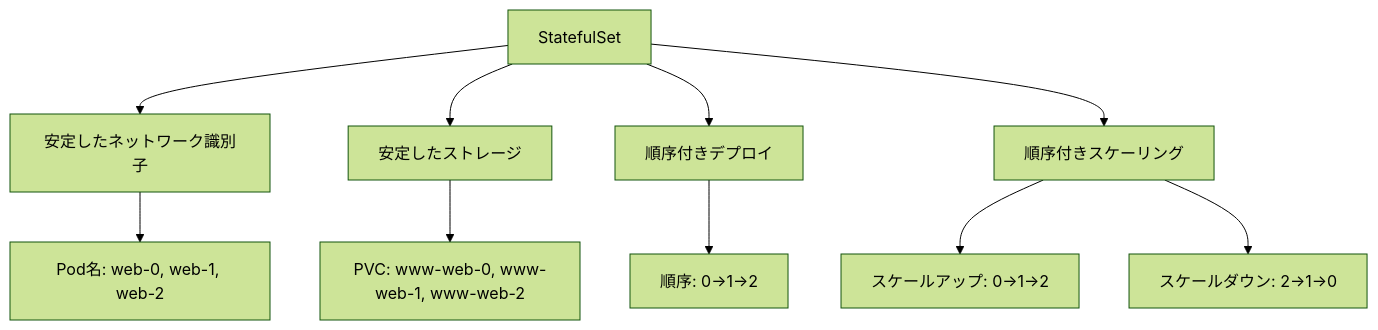
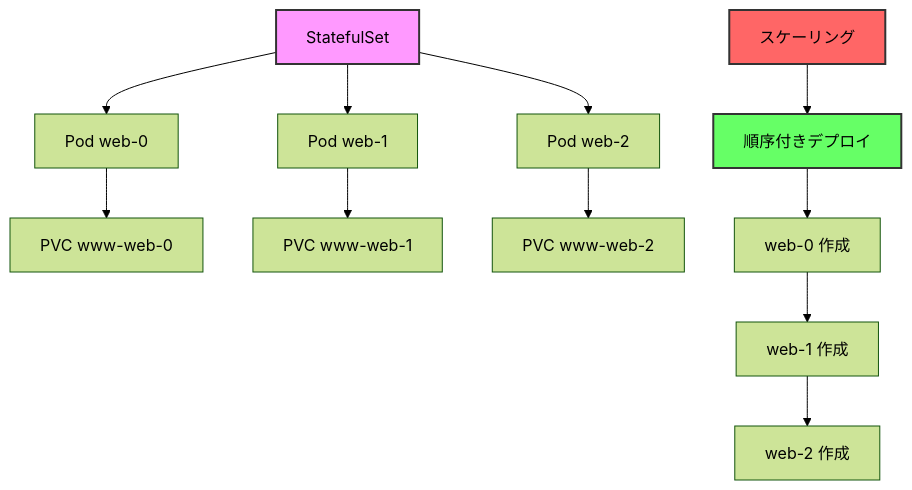
Before and after one commit to haruka-aibara/haruka-aibara: the diagram in docs/Kubernetes/04_アプリケーションの実行/04-04_StatefulSet.md, drawn with Mermaid (forest theme). The commit also changed other lines of this file and 37 other files, not shown here.

````diff
--- a/docs/Kubernetes/04_アプリケーションの実行/04-04_StatefulSet.md
+++ b/docs/Kubernetes/04_アプリケーションの実行/04-04_StatefulSet.md
@@ -54,13 +69,19 @@
 ```mermaid
 graph TD
-    A[StatefulSet] --> B[安定したネットワーク識別子]
-    A --> C[安定したストレージ]
-    A --> D[順序付きデプロイ]
-    A --> E[順序付きスケーリング]
+    A[StatefulSet] --> B[Pod web-0]
+    A --> C[Pod web-1]
+    A --> D[Pod web-2]
     
-    B --> F[Pod名: web-0, web-1, web-2]
-    C --> G[PVC: www-web-0, www-web-1, www-web-2]
-    D --> H[順序: 0→1→2]
-    E --> I[スケールアップ: 0→1→2]
-    E --> J[スケールダウン: 2→1→0]
+    B --> E[PVC www-web-0]
+    C --> F[PVC www-web-1]
+    D --> G[PVC www-web-2]
+    
+    H[スケーリング] --> I[順序付きデプロイ]
+    I --> J[web-0 作成]
+    J --> K[web-1 作成]
+    K --> L[web-2 作成]
+    
+    style A fill:#f9f,stroke:#333,stroke-width:2px
+    style H fill:#f66,stroke:#333,stroke-width:2px
+    style I fill:#6f6,stroke:#333,stroke-width:2px
 ```
````
